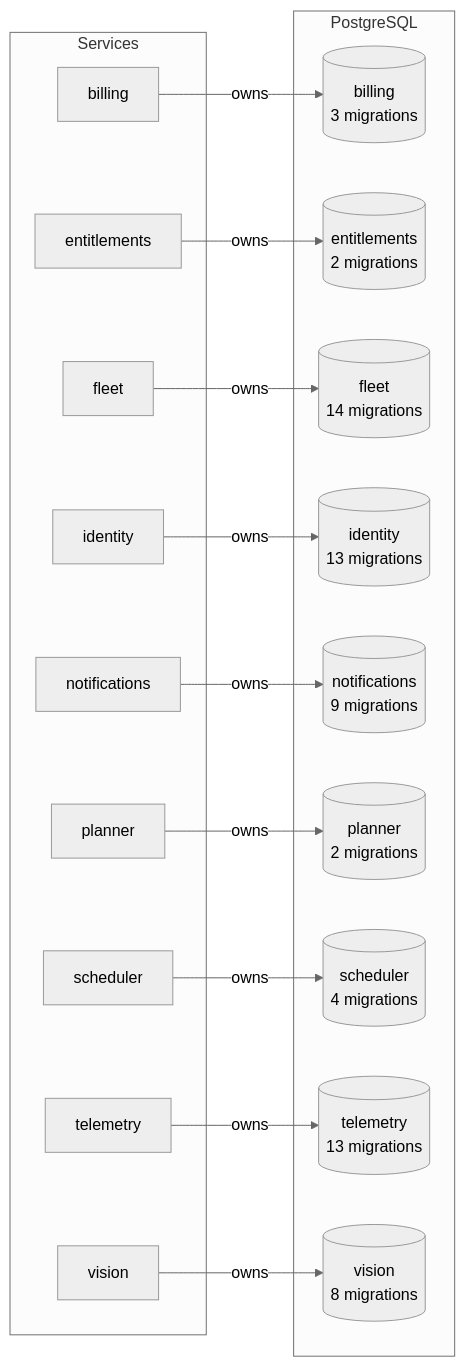
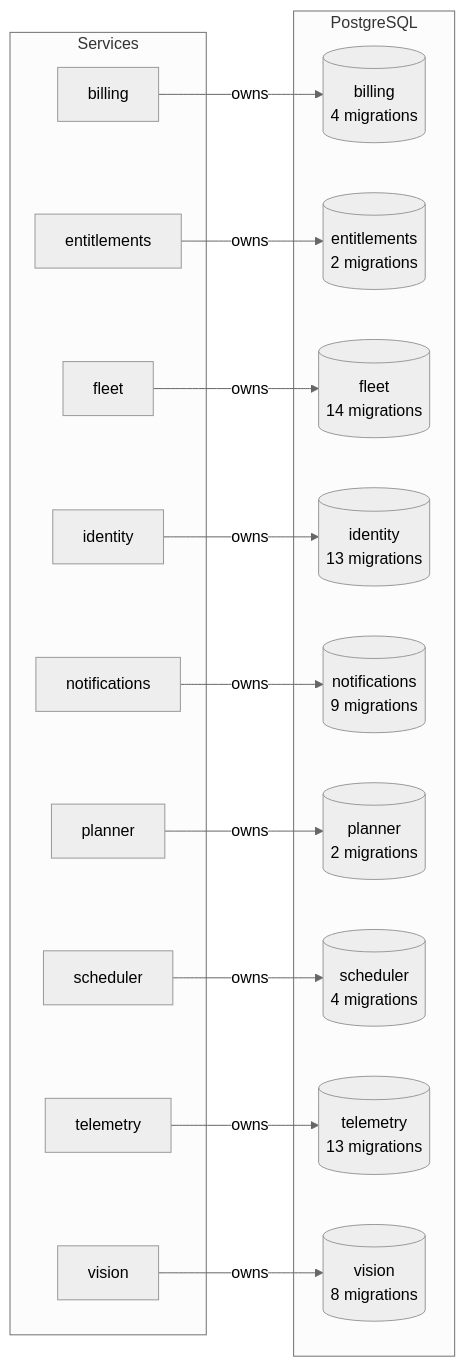
Diagram 15 of 15 in docs/architecture/generated.md (lukislp/mowdeck), drawn with Mermaid (neutral theme) before and after one commit. The commit also changed other lines of this file and 79 other files, not shown here.

````diff
--- a/docs/architecture/generated.md
+++ b/docs/architecture/generated.md
@@ -575,34 +575,34 @@
 ```mermaid
 flowchart LR
   subgraph apps[Services]
     billing["billing"]
     entitlements["entitlements"]
     fleet["fleet"]
     identity["identity"]
     notifications["notifications"]
     planner["planner"]
     scheduler["scheduler"]
     telemetry["telemetry"]
     vision["vision"]
   end
   subgraph pg[PostgreSQL]
-    db_billing[("billing<br/>3 migrations")]
+    db_billing[("billing<br/>4 migrations")]
     db_entitlements[("entitlements<br/>2 migrations")]
     db_fleet[("fleet<br/>14 migrations")]
     db_identity[("identity<br/>13 migrations")]
     db_notifications[("notifications<br/>9 migrations")]
     db_planner[("planner<br/>2 migrations")]
     db_scheduler[("scheduler<br/>4 migrations")]
     db_telemetry[("telemetry<br/>13 migrations")]
     db_vision[("vision<br/>8 migrations")]
   end
   billing -->|owns| db_billing
   entitlements -->|owns| db_entitlements
   fleet -->|owns| db_fleet
   identity -->|owns| db_identity
   notifications -->|owns| db_notifications
   planner -->|owns| db_planner
   scheduler -->|owns| db_scheduler
   telemetry -->|owns| db_telemetry
   vision -->|owns| db_vision
 ```
````
